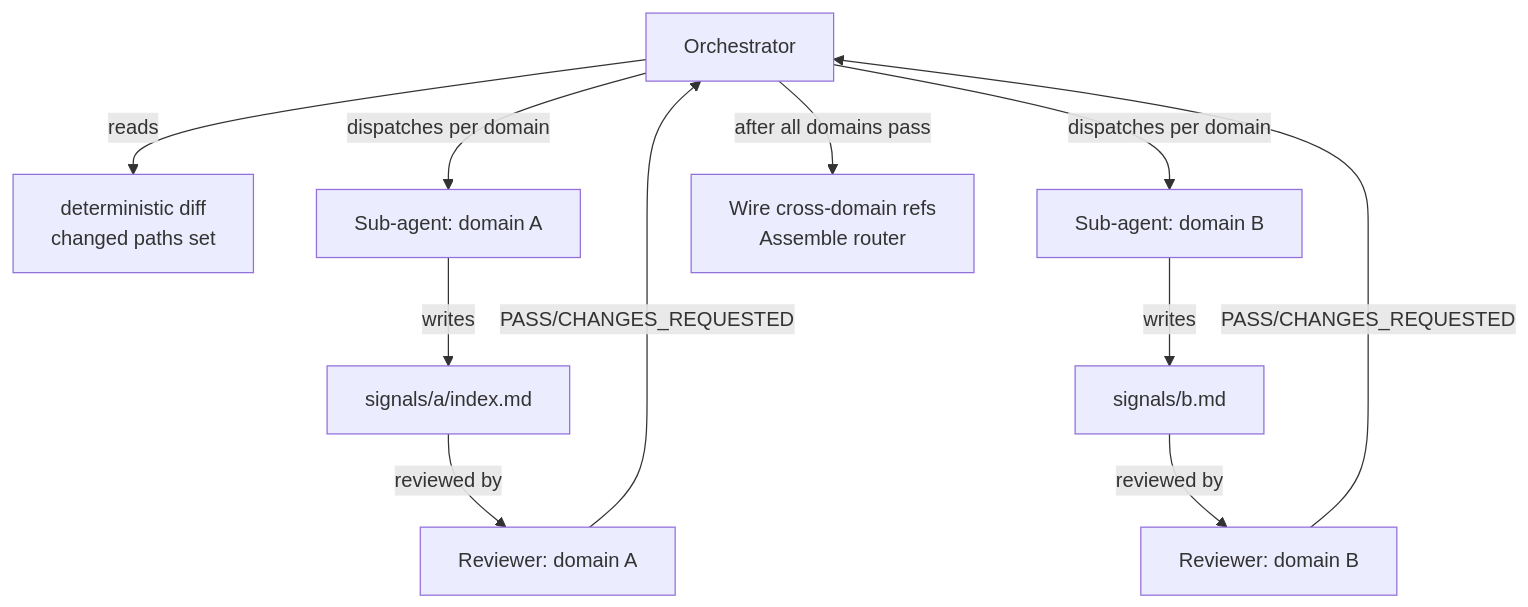
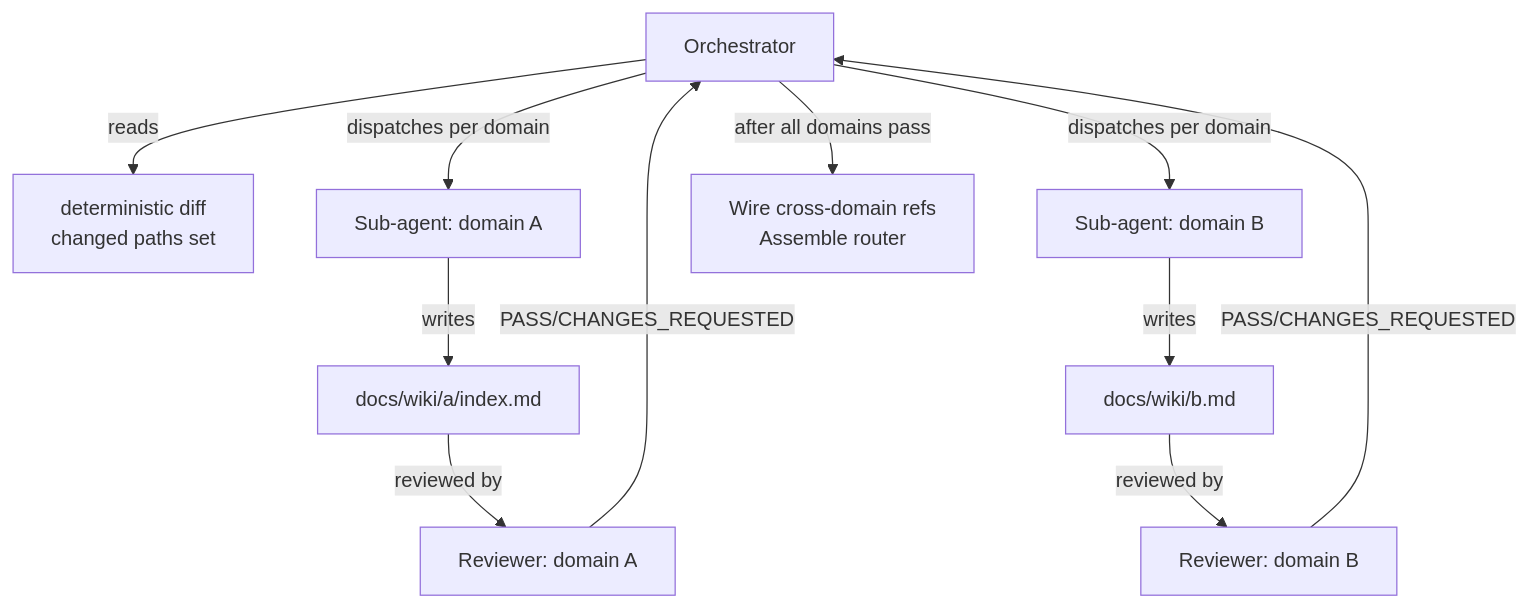
The second of 2 diagrams in docs/spec/signals-router.md (damusix/atomic-claude), drawn with Mermaid before and after one commit. The commit also changed other lines of this file and 795 other files, not shown here.

````diff
--- a/docs/spec/signals-router.md
+++ b/docs/spec/signals-router.md
@@ -227,13 +227,13 @@
 ```mermaid
 flowchart TD
     O[Orchestrator] -->|reads| D[deterministic diff\nchanged paths set]
     O -->|dispatches per domain| S1[Sub-agent: domain A]
     O -->|dispatches per domain| S2[Sub-agent: domain B]
-    S1 -->|writes| F1[signals/a/index.md]
-    S2 -->|writes| F2[signals/b.md]
+    S1 -->|writes| F1[docs/wiki/a/index.md]
+    S2 -->|writes| F2[docs/wiki/b.md]
     F1 -->|reviewed by| R1[Reviewer: domain A]
     F2 -->|reviewed by| R2[Reviewer: domain B]
     R1 -->|PASS/CHANGES_REQUESTED| O
     R2 -->|PASS/CHANGES_REQUESTED| O
     O -->|after all domains pass| X[Wire cross-domain refs\nAssemble router]
 ```
````
